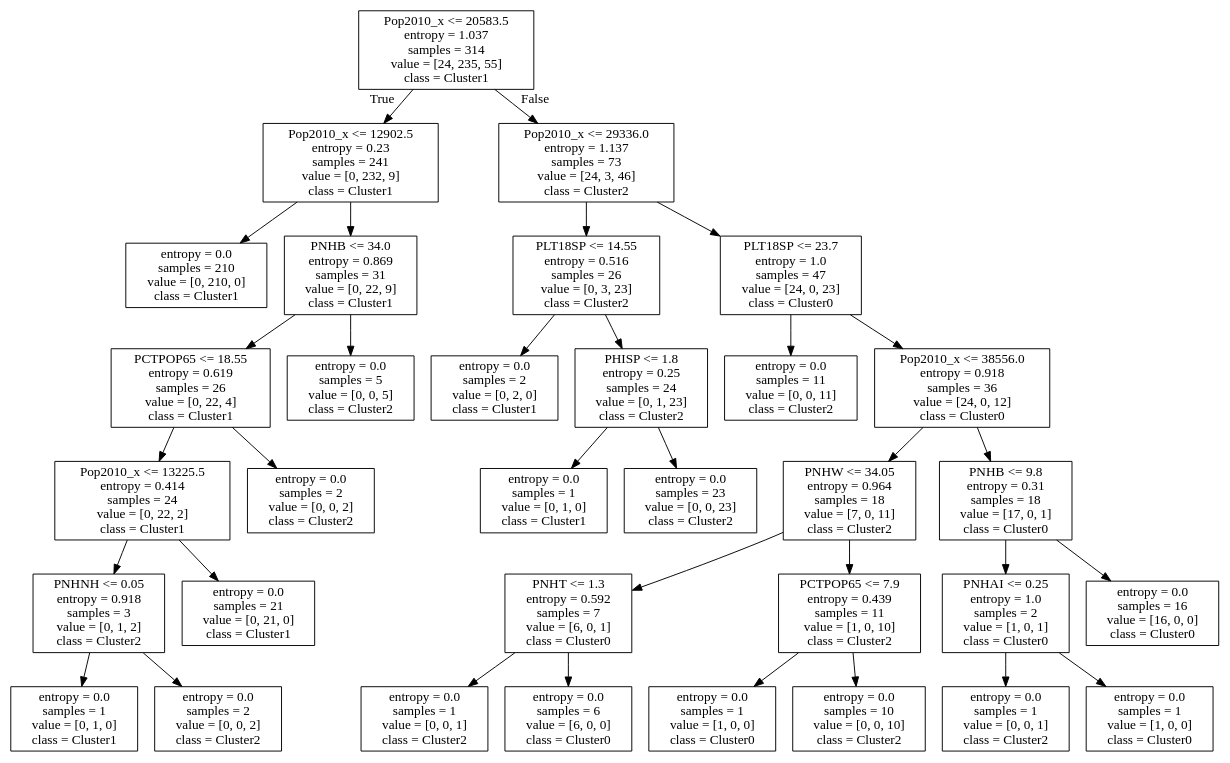
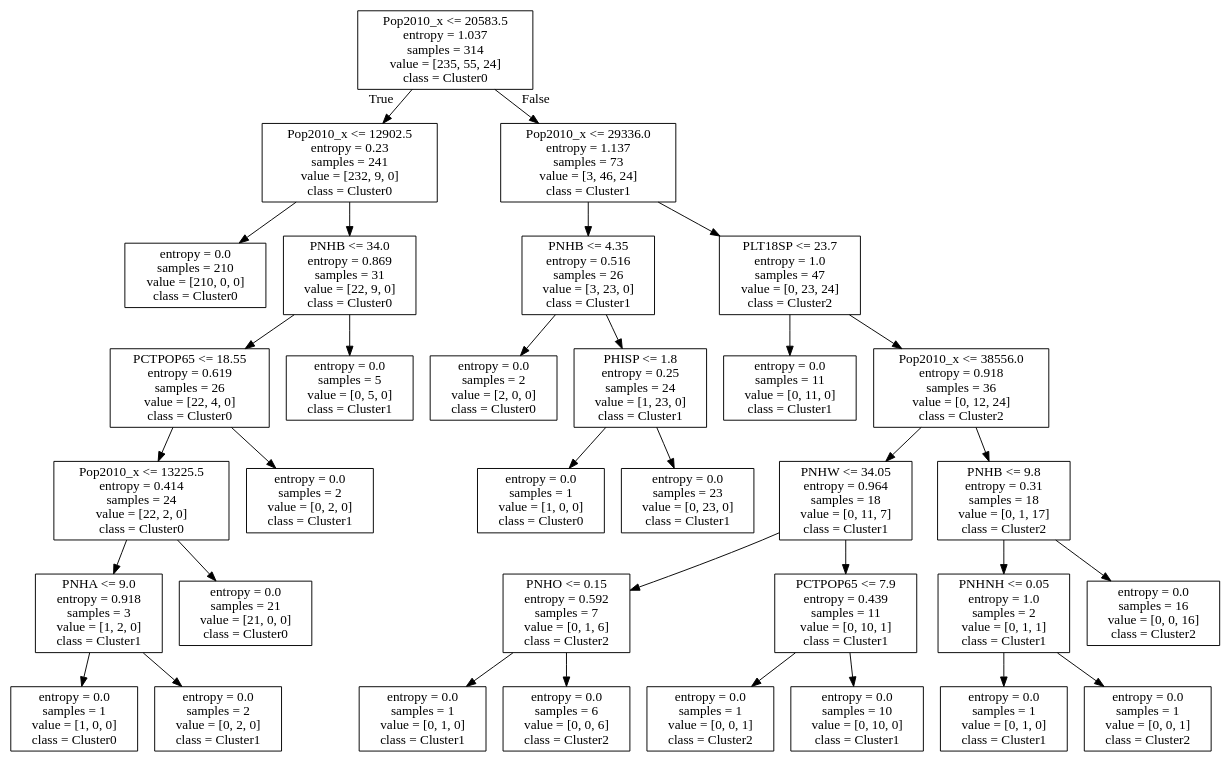
The diagram in tree_entropy.dot (arunkulkarni95/COSC467_FinalProject), drawn with Graphviz before and after one commit. The commit also changed 2 other files, not shown here.

```diff
--- a/tree_entropy.dot
+++ b/tree_entropy.dot
@@ -1,68 +1,68 @@
 digraph Tree {
 node [shape=box] ;
-0 [label="Pop2010_x <= 20583.5\nentropy = 1.037\nsamples = 314\nvalue = [24, 235, 55]\nclass = Cluster1"] ;
-1 [label="Pop2010_x <= 12902.5\nentropy = 0.23\nsamples = 241\nvalue = [0, 232, 9]\nclass = Cluster1"] ;
+0 [label="Pop2010_x <= 20583.5\nentropy = 1.037\nsamples = 314\nvalue = [235, 55, 24]\nclass = Cluster0"] ;
+1 [label="Pop2010_x <= 12902.5\nentropy = 0.23\nsamples = 241\nvalue = [232, 9, 0]\nclass = Cluster0"] ;
 0 -> 1 [labeldistance=2.5, labelangle=45, headlabel="True"] ;
-2 [label="entropy = 0.0\nsamples = 210\nvalue = [0, 210, 0]\nclass = Cluster1"] ;
+2 [label="entropy = 0.0\nsamples = 210\nvalue = [210, 0, 0]\nclass = Cluster0"] ;
 1 -> 2 ;
-3 [label="PNHB <= 34.0\nentropy = 0.869\nsamples = 31\nvalue = [0, 22, 9]\nclass = Cluster1"] ;
+3 [label="PNHB <= 34.0\nentropy = 0.869\nsamples = 31\nvalue = [22, 9, 0]\nclass = Cluster0"] ;
 1 -> 3 ;
-4 [label="PCTPOP65 <= 18.55\nentropy = 0.619\nsamples = 26\nvalue = [0, 22, 4]\nclass = Cluster1"] ;
+4 [label="PCTPOP65 <= 18.55\nentropy = 0.619\nsamples = 26\nvalue = [22, 4, 0]\nclass = Cluster0"] ;
 3 -> 4 ;
-5 [label="Pop2010_x <= 13225.5\nentropy = 0.414\nsamples = 24\nvalue = [0, 22, 2]\nclass = Cluster1"] ;
+5 [label="Pop2010_x <= 13225.5\nentropy = 0.414\nsamples = 24\nvalue = [22, 2, 0]\nclass = Cluster0"] ;
 4 -> 5 ;
-6 [label="PNHNH <= 0.05\nentropy = 0.918\nsamples = 3\nvalue = [0, 1, 2]\nclass = Cluster2"] ;
+6 [label="PNHA <= 9.0\nentropy = 0.918\nsamples = 3\nvalue = [1, 2, 0]\nclass = Cluster1"] ;
 5 -> 6 ;
-7 [label="entropy = 0.0\nsamples = 1\nvalue = [0, 1, 0]\nclass = Cluster1"] ;
+7 [label="entropy = 0.0\nsamples = 1\nvalue = [1, 0, 0]\nclass = Cluster0"] ;
 6 -> 7 ;
-8 [label="entropy = 0.0\nsamples = 2\nvalue = [0, 0, 2]\nclass = Cluster2"] ;
+8 [label="entropy = 0.0\nsamples = 2\nvalue = [0, 2, 0]\nclass = Cluster1"] ;
 6 -> 8 ;
-9 [label="entropy = 0.0\nsamples = 21\nvalue = [0, 21, 0]\nclass = Cluster1"] ;
+9 [label="entropy = 0.0\nsamples = 21\nvalue = [21, 0, 0]\nclass = Cluster0"] ;
 5 -> 9 ;
-10 [label="entropy = 0.0\nsamples = 2\nvalue = [0, 0, 2]\nclass = Cluster2"] ;
+10 [label="entropy = 0.0\nsamples = 2\nvalue = [0, 2, 0]\nclass = Cluster1"] ;
 4 -> 10 ;
-11 [label="entropy = 0.0\nsamples = 5\nvalue = [0, 0, 5]\nclass = Cluster2"] ;
+11 [label="entropy = 0.0\nsamples = 5\nvalue = [0, 5, 0]\nclass = Cluster1"] ;
 3 -> 11 ;
-12 [label="Pop2010_x <= 29336.0\nentropy = 1.137\nsamples = 73\nvalue = [24, 3, 46]\nclass = Cluster2"] ;
+12 [label="Pop2010_x <= 29336.0\nentropy = 1.137\nsamples = 73\nvalue = [3, 46, 24]\nclass = Cluster1"] ;
 0 -> 12 [labeldistance=2.5, labelangle=-45, headlabel="False"] ;
-13 [label="PLT18SP <= 14.55\nentropy = 0.516\nsamples = 26\nvalue = [0, 3, 23]\nclass = Cluster2"] ;
+13 [label="PNHB <= 4.35\nentropy = 0.516\nsamples = 26\nvalue = [3, 23, 0]\nclass = Cluster1"] ;
 12 -> 13 ;
-14 [label="entropy = 0.0\nsamples = 2\nvalue = [0, 2, 0]\nclass = Cluster1"] ;
+14 [label="entropy = 0.0\nsamples = 2\nvalue = [2, 0, 0]\nclass = Cluster0"] ;
 13 -> 14 ;
-15 [label="PHISP <= 1.8\nentropy = 0.25\nsamples = 24\nvalue = [0, 1, 23]\nclass = Cluster2"] ;
+15 [label="PHISP <= 1.8\nentropy = 0.25\nsamples = 24\nvalue = [1, 23, 0]\nclass = Cluster1"] ;
 13 -> 15 ;
-16 [label="entropy = 0.0\nsamples = 1\nvalue = [0, 1, 0]\nclass = Cluster1"] ;
+16 [label="entropy = 0.0\nsamples = 1\nvalue = [1, 0, 0]\nclass = Cluster0"] ;
 15 -> 16 ;
-17 [label="entropy = 0.0\nsamples = 23\nvalue = [0, 0, 23]\nclass = Cluster2"] ;
+17 [label="entropy = 0.0\nsamples = 23\nvalue = [0, 23, 0]\nclass = Cluster1"] ;
 15 -> 17 ;
-18 [label="PLT18SP <= 23.7\nentropy = 1.0\nsamples = 47\nvalue = [24, 0, 23]\nclass = Cluster0"] ;
+18 [label="PLT18SP <= 23.7\nentropy = 1.0\nsamples = 47\nvalue = [0, 23, 24]\nclass = Cluster2"] ;
 12 -> 18 ;
-19 [label="entropy = 0.0\nsamples = 11\nvalue = [0, 0, 11]\nclass = Cluster2"] ;
+19 [label="entropy = 0.0\nsamples = 11\nvalue = [0, 11, 0]\nclass = Cluster1"] ;
 18 -> 19 ;
-20 [label="Pop2010_x <= 38556.0\nentropy = 0.918\nsamples = 36\nvalue = [24, 0, 12]\nclass = Cluster0"] ;
+20 [label="Pop2010_x <= 38556.0\nentropy = 0.918\nsamples = 36\nvalue = [0, 12, 24]\nclass = Cluster2"] ;
 18 -> 20 ;
-21 [label="PNHW <= 34.05\nentropy = 0.964\nsamples = 18\nvalue = [7, 0, 11]\nclass = Cluster2"] ;
+21 [label="PNHW <= 34.05\nentropy = 0.964\nsamples = 18\nvalue = [0, 11, 7]\nclass = Cluster1"] ;
 20 -> 21 ;
-22 [label="PNHT <= 1.3\nentropy = 0.592\nsamples = 7\nvalue = [6, 0, 1]\nclass = Cluster0"] ;
+22 [label="PNHO <= 0.15\nentropy = 0.592\nsamples = 7\nvalue = [0, 1, 6]\nclass = Cluster2"] ;
 21 -> 22 ;
-23 [label="entropy = 0.0\nsamples = 1\nvalue = [0, 0, 1]\nclass = Cluster2"] ;
+23 [label="entropy = 0.0\nsamples = 1\nvalue = [0, 1, 0]\nclass = Cluster1"] ;
 22 -> 23 ;
-24 [label="entropy = 0.0\nsamples = 6\nvalue = [6, 0, 0]\nclass = Cluster0"] ;
+24 [label="entropy = 0.0\nsamples = 6\nvalue = [0, 0, 6]\nclass = Cluster2"] ;
 22 -> 24 ;
-25 [label="PCTPOP65 <= 7.9\nentropy = 0.439\nsamples = 11\nvalue = [1, 0, 10]\nclass = Cluster2"] ;
+25 [label="PCTPOP65 <= 7.9\nentropy = 0.439\nsamples = 11\nvalue = [0, 10, 1]\nclass = Cluster1"] ;
 21 -> 25 ;
-26 [label="entropy = 0.0\nsamples = 1\nvalue = [1, 0, 0]\nclass = Cluster0"] ;
+26 [label="entropy = 0.0\nsamples = 1\nvalue = [0, 0, 1]\nclass = Cluster2"] ;
 25 -> 26 ;
-27 [label="entropy = 0.0\nsamples = 10\nvalue = [0, 0, 10]\nclass = Cluster2"] ;
+27 [label="entropy = 0.0\nsamples = 10\nvalue = [0, 10, 0]\nclass = Cluster1"] ;
 25 -> 27 ;
-28 [label="PNHB <= 9.8\nentropy = 0.31\nsamples = 18\nvalue = [17, 0, 1]\nclass = Cluster0"] ;
+28 [label="PNHB <= 9.8\nentropy = 0.31\nsamples = 18\nvalue = [0, 1, 17]\nclass = Cluster2"] ;
 20 -> 28 ;
-29 [label="PNHAI <= 0.25\nentropy = 1.0\nsamples = 2\nvalue = [1, 0, 1]\nclass = Cluster0"] ;
+29 [label="PNHNH <= 0.05\nentropy = 1.0\nsamples = 2\nvalue = [0, 1, 1]\nclass = Cluster1"] ;
 28 -> 29 ;
-30 [label="entropy = 0.0\nsamples = 1\nvalue = [0, 0, 1]\nclass = Cluster2"] ;
+30 [label="entropy = 0.0\nsamples = 1\nvalue = [0, 1, 0]\nclass = Cluster1"] ;
 29 -> 30 ;
-31 [label="entropy = 0.0\nsamples = 1\nvalue = [1, 0, 0]\nclass = Cluster0"] ;
+31 [label="entropy = 0.0\nsamples = 1\nvalue = [0, 0, 1]\nclass = Cluster2"] ;
 29 -> 31 ;
-32 [label="entropy = 0.0\nsamples = 16\nvalue = [16, 0, 0]\nclass = Cluster0"] ;
+32 [label="entropy = 0.0\nsamples = 16\nvalue = [0, 0, 16]\nclass = Cluster2"] ;
 28 -> 32 ;
 }
```
